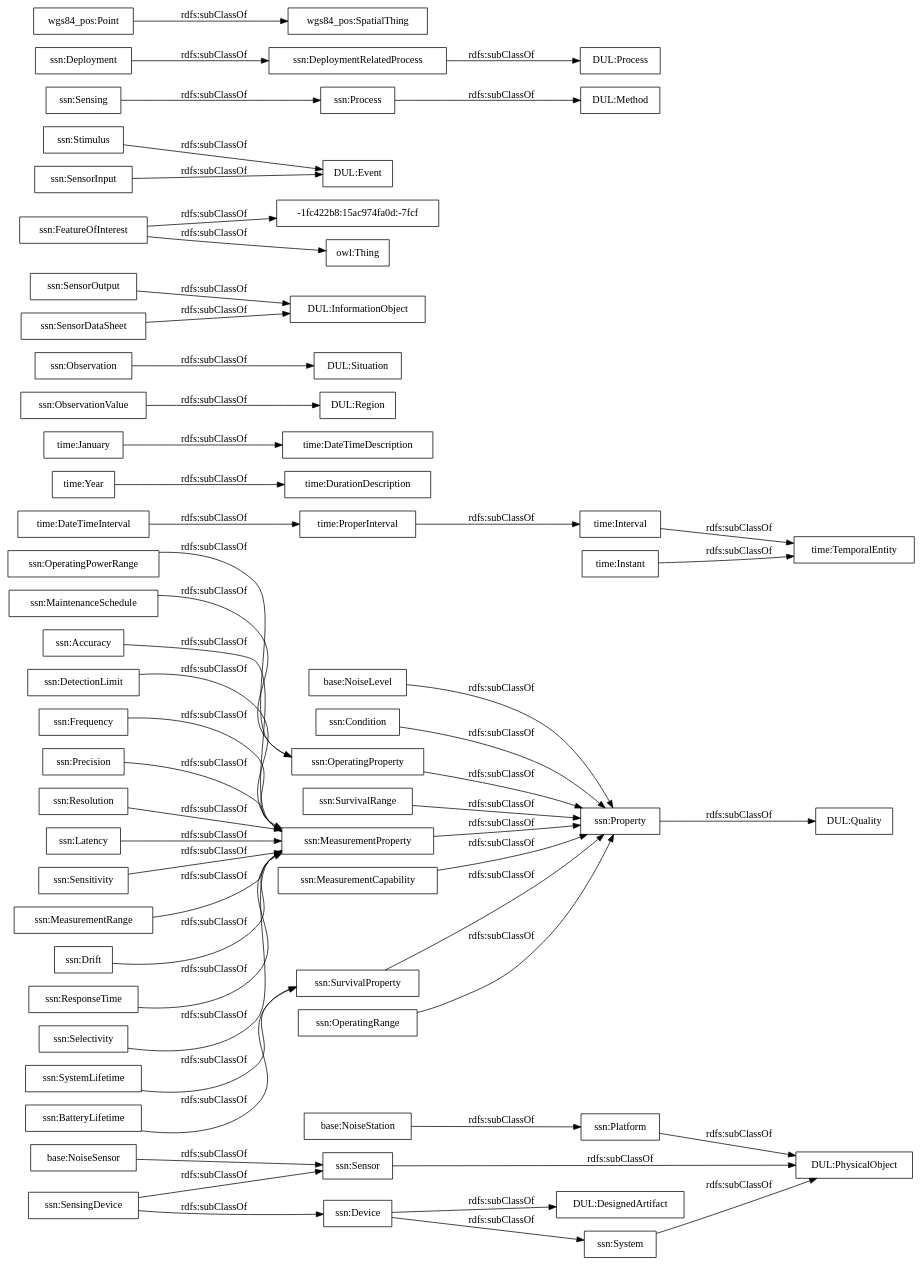
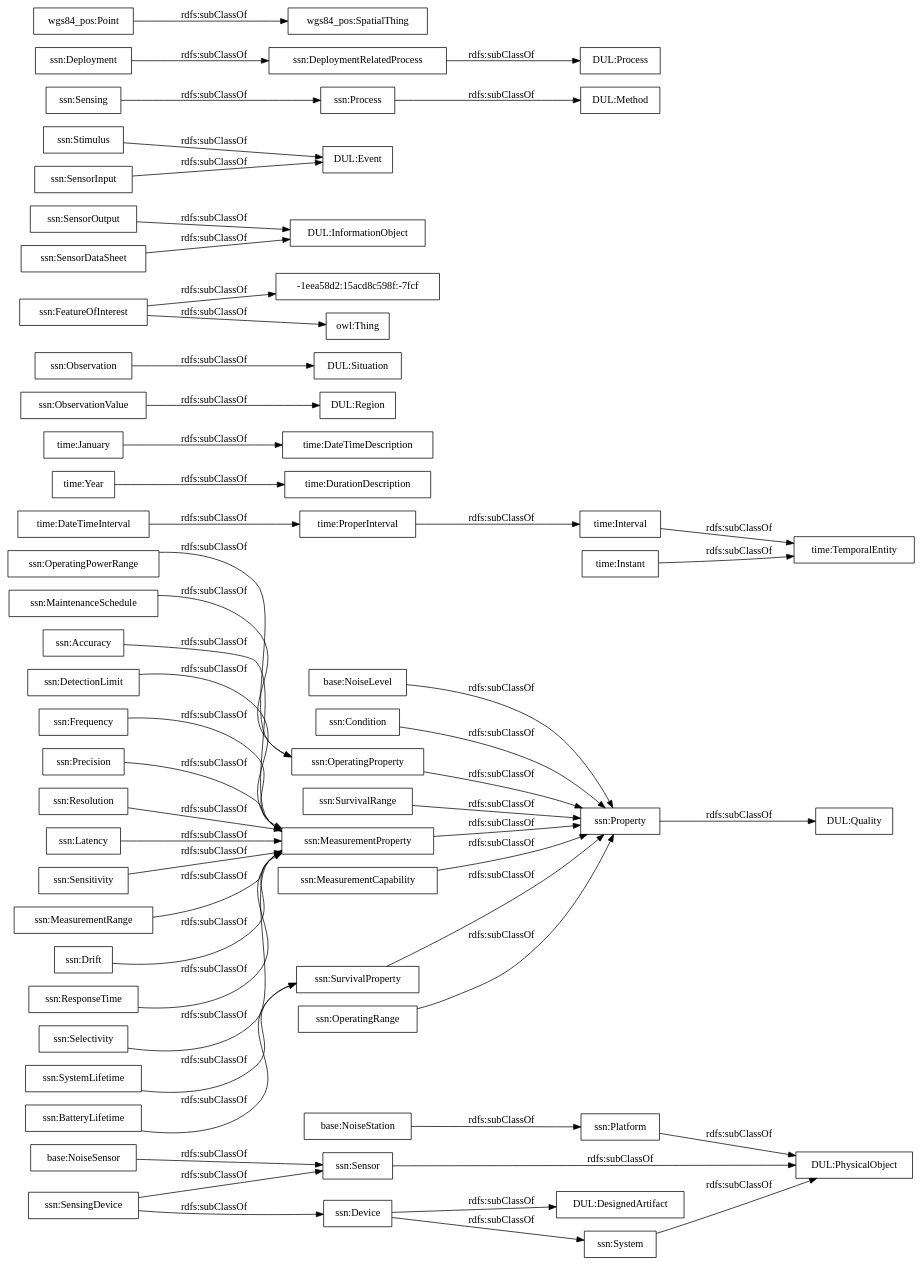
The diagram in OnToology/contaminacion-acustica.owl/diagrams/ar2dtool-taxonomy/contaminacion-acustica.owl.png.dot (opencitydata/vocab-medio-ambiente-contaminacion-acustica), drawn with Graphviz before and after one commit. The commit also changed 7 other files, not shown here.

```diff
--- a/OnToology/contaminacion-acustica.owl/diagrams/ar2dtool-taxonomy/contaminacion-acustica.owl.png.dot
+++ b/OnToology/contaminacion-acustica.owl/diagrams/ar2dtool-taxonomy/contaminacion-acustica.owl.png.dot
@@ -1,58 +1,58 @@
 digraph ar2dtool_diagram { 
 rankdir=LR;
 size="1000"
-node [shape = rectangle, color="black"]; "base:NoiseStation" "base:NoiseSensor" "base:NoiseLevel" "time:DateTimeInterval" "time:DurationDescription" "time:January" "time:ProperInterval" "time:Interval" "time:TemporalEntity" "time:Year" "time:DateTimeDescription" "time:Instant" "ssn:Accuracy" "ssn:DetectionLimit" "ssn:Frequency" "ssn:Condition" "DUL:Region" "DUL:Situation" "DUL:PhysicalObject" "ssn:SensorOutput" "ssn:Precision" "ssn:Resolution" "DUL:Quality" "ssn:FeatureOfInterest" "ssn:Sensor" "DUL:InformationObject" "ssn:OperatingProperty" "-1fc422b8:15ac974fa0d:-7fcf" "DUL:Event" "ssn:OperatingPowerRange" "DUL:Method" "ssn:MaintenanceSchedule" "ssn:Sensing" "ssn:Latency" "ssn:SurvivalRange" "ssn:SensingDevice" "DUL:DesignedArtifact" "ssn:Sensitivity" "ssn:Stimulus" "DUL:Process" "ssn:MeasurementRange" "ssn:System" "ssn:SystemLifetime" "ssn:Property" "ssn:MeasurementProperty" "ssn:Process" "ssn:Deployment" "ssn:MeasurementCapability" "ssn:BatteryLifetime" "ssn:Drift" "ssn:DeploymentRelatedProcess" "ssn:SensorInput" "ssn:ResponseTime" "ssn:ObservationValue" "ssn:SensorDataSheet" "ssn:Observation" "ssn:Selectivity" "ssn:SurvivalProperty" "ssn:Device" "ssn:OperatingRange" "ssn:Platform" ; /*classes style*/
+node [shape = rectangle, color="black"]; "base:NoiseStation" "base:NoiseSensor" "base:NoiseLevel" "time:DateTimeInterval" "time:DurationDescription" "time:January" "time:ProperInterval" "time:Interval" "time:TemporalEntity" "time:Year" "time:DateTimeDescription" "time:Instant" "ssn:Accuracy" "ssn:DetectionLimit" "ssn:Frequency" "ssn:Condition" "DUL:Region" "DUL:Situation" "-1eea58d2:15acd8c598f:-7fcf" "DUL:PhysicalObject" "ssn:SensorOutput" "ssn:Precision" "ssn:Resolution" "DUL:Quality" "ssn:FeatureOfInterest" "ssn:Sensor" "DUL:InformationObject" "ssn:OperatingProperty" "DUL:Event" "ssn:OperatingPowerRange" "DUL:Method" "ssn:MaintenanceSchedule" "ssn:Sensing" "ssn:Latency" "ssn:SurvivalRange" "ssn:SensingDevice" "DUL:DesignedArtifact" "ssn:Sensitivity" "ssn:Stimulus" "DUL:Process" "ssn:MeasurementRange" "ssn:System" "ssn:SystemLifetime" "ssn:Property" "ssn:MeasurementProperty" "ssn:Process" "ssn:Deployment" "ssn:MeasurementCapability" "ssn:BatteryLifetime" "ssn:Drift" "ssn:DeploymentRelatedProcess" "ssn:SensorInput" "ssn:ResponseTime" "ssn:ObservationValue" "ssn:SensorDataSheet" "ssn:Observation" "ssn:Selectivity" "ssn:SurvivalProperty" "ssn:Device" "ssn:OperatingRange" "ssn:Platform" ; /*classes style*/
 	"ssn:Deployment" -> "ssn:DeploymentRelatedProcess" [ label = "rdfs:subClassOf" ];
 	"ssn:SensingDevice" -> "ssn:Sensor" [ label = "rdfs:subClassOf" ];
 	"ssn:SensingDevice" -> "ssn:Device" [ label = "rdfs:subClassOf" ];
 	"ssn:DeploymentRelatedProcess" -> "DUL:Process" [ label = "rdfs:subClassOf" ];
 	"ssn:Accuracy" -> "ssn:MeasurementProperty" [ label = "rdfs:subClassOf" ];
 	"time:Instant" -> "time:TemporalEntity" [ label = "rdfs:subClassOf" ];
 	"ssn:FeatureOfInterest" -> "owl:Thing" [ label = "rdfs:subClassOf" ];
-	"ssn:FeatureOfInterest" -> "-1fc422b8:15ac974fa0d:-7fcf" [ label = "rdfs:subClassOf" ];
+	"ssn:FeatureOfInterest" -> "-1eea58d2:15acd8c598f:-7fcf" [ label = "rdfs:subClassOf" ];
 	"ssn:Latency" -> "ssn:MeasurementProperty" [ label = "rdfs:subClassOf" ];
 	"ssn:Process" -> "DUL:Method" [ label = "rdfs:subClassOf" ];
 	"time:ProperInterval" -> "time:Interval" [ label = "rdfs:subClassOf" ];
 	"ssn:Property" -> "DUL:Quality" [ label = "rdfs:subClassOf" ];
 	"ssn:MeasurementProperty" -> "ssn:Property" [ label = "rdfs:subClassOf" ];
 	"wgs84_pos:Point" -> "wgs84_pos:SpatialThing" [ label = "rdfs:subClassOf" ];
 	"ssn:ResponseTime" -> "ssn:MeasurementProperty" [ label = "rdfs:subClassOf" ];
 	"ssn:OperatingRange" -> "ssn:Property" [ label = "rdfs:subClassOf" ];
 	"base:NoiseLevel" -> "ssn:Property" [ label = "rdfs:subClassOf" ];
 	"base:NoiseStation" -> "ssn:Platform" [ label = "rdfs:subClassOf" ];
 	"ssn:MeasurementRange" -> "ssn:MeasurementProperty" [ label = "rdfs:subClassOf" ];
 	"ssn:Stimulus" -> "DUL:Event" [ label = "rdfs:subClassOf" ];
 	"ssn:SurvivalProperty" -> "ssn:Property" [ label = "rdfs:subClassOf" ];
 	"ssn:MaintenanceSchedule" -> "ssn:OperatingProperty" [ label = "rdfs:subClassOf" ];
 	"ssn:SensorInput" -> "DUL:Event" [ label = "rdfs:subClassOf" ];
 	"ssn:Sensitivity" -> "ssn:MeasurementProperty" [ label = "rdfs:subClassOf" ];
 	"ssn:Drift" -> "ssn:MeasurementProperty" [ label = "rdfs:subClassOf" ];
 	"ssn:System" -> "DUL:PhysicalObject" [ label = "rdfs:subClassOf" ];
 	"ssn:Resolution" -> "ssn:MeasurementProperty" [ label = "rdfs:subClassOf" ];
 	"ssn:Precision" -> "ssn:MeasurementProperty" [ label = "rdfs:subClassOf" ];
 	"ssn:DetectionLimit" -> "ssn:MeasurementProperty" [ label = "rdfs:subClassOf" ];
 	"time:DateTimeInterval" -> "time:ProperInterval" [ label = "rdfs:subClassOf" ];
 	"ssn:Sensor" -> "DUL:PhysicalObject" [ label = "rdfs:subClassOf" ];
 	"ssn:SensorDataSheet" -> "DUL:InformationObject" [ label = "rdfs:subClassOf" ];
 	"ssn:OperatingPowerRange" -> "ssn:OperatingProperty" [ label = "rdfs:subClassOf" ];
 	"time:Interval" -> "time:TemporalEntity" [ label = "rdfs:subClassOf" ];
 	"base:NoiseSensor" -> "ssn:Sensor" [ label = "rdfs:subClassOf" ];
 	"time:January" -> "time:DateTimeDescription" [ label = "rdfs:subClassOf" ];
 	"ssn:ObservationValue" -> "DUL:Region" [ label = "rdfs:subClassOf" ];
 	"ssn:Device" -> "DUL:DesignedArtifact" [ label = "rdfs:subClassOf" ];
 	"ssn:Device" -> "ssn:System" [ label = "rdfs:subClassOf" ];
 	"ssn:Platform" -> "DUL:PhysicalObject" [ label = "rdfs:subClassOf" ];
 	"time:Year" -> "time:DurationDescription" [ label = "rdfs:subClassOf" ];
 	"ssn:OperatingProperty" -> "ssn:Property" [ label = "rdfs:subClassOf" ];
 	"ssn:Selectivity" -> "ssn:MeasurementProperty" [ label = "rdfs:subClassOf" ];
 	"ssn:BatteryLifetime" -> "ssn:SurvivalProperty" [ label = "rdfs:subClassOf" ];
 	"ssn:Observation" -> "DUL:Situation" [ label = "rdfs:subClassOf" ];
 	"ssn:Sensing" -> "ssn:Process" [ label = "rdfs:subClassOf" ];
 	"ssn:SystemLifetime" -> "ssn:SurvivalProperty" [ label = "rdfs:subClassOf" ];
 	"ssn:SurvivalRange" -> "ssn:Property" [ label = "rdfs:subClassOf" ];
 	"ssn:SensorOutput" -> "DUL:InformationObject" [ label = "rdfs:subClassOf" ];
 	"ssn:Frequency" -> "ssn:MeasurementProperty" [ label = "rdfs:subClassOf" ];
 	"ssn:Condition" -> "ssn:Property" [ label = "rdfs:subClassOf" ];
 	"ssn:MeasurementCapability" -> "ssn:Property" [ label = "rdfs:subClassOf" ];
 
 }
```
